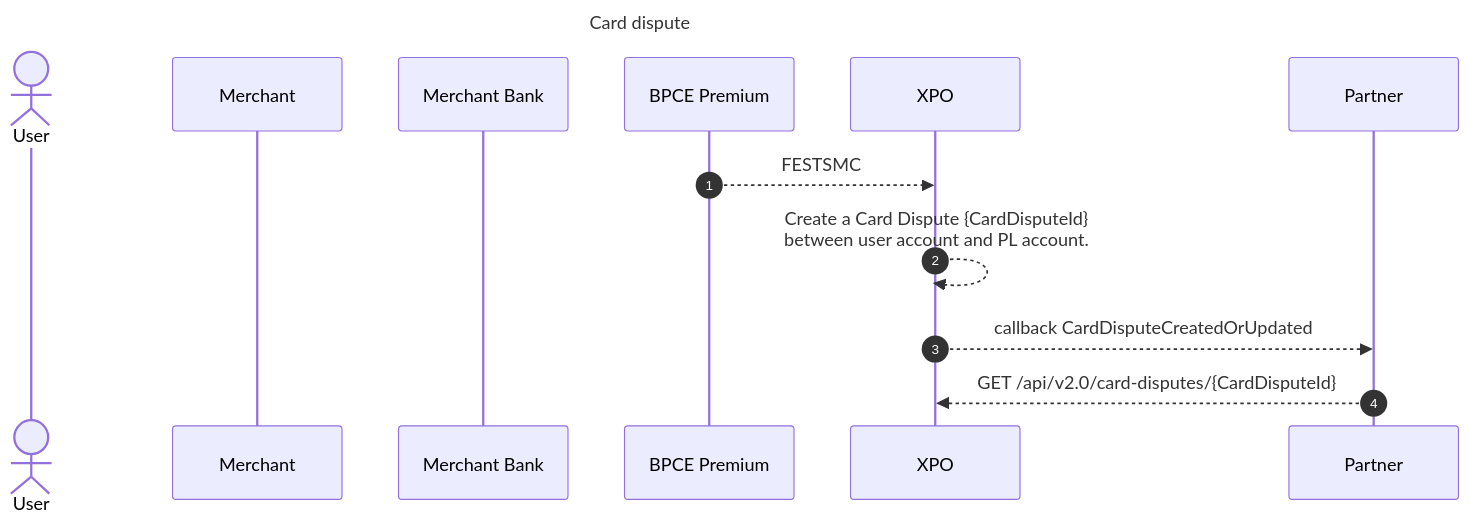
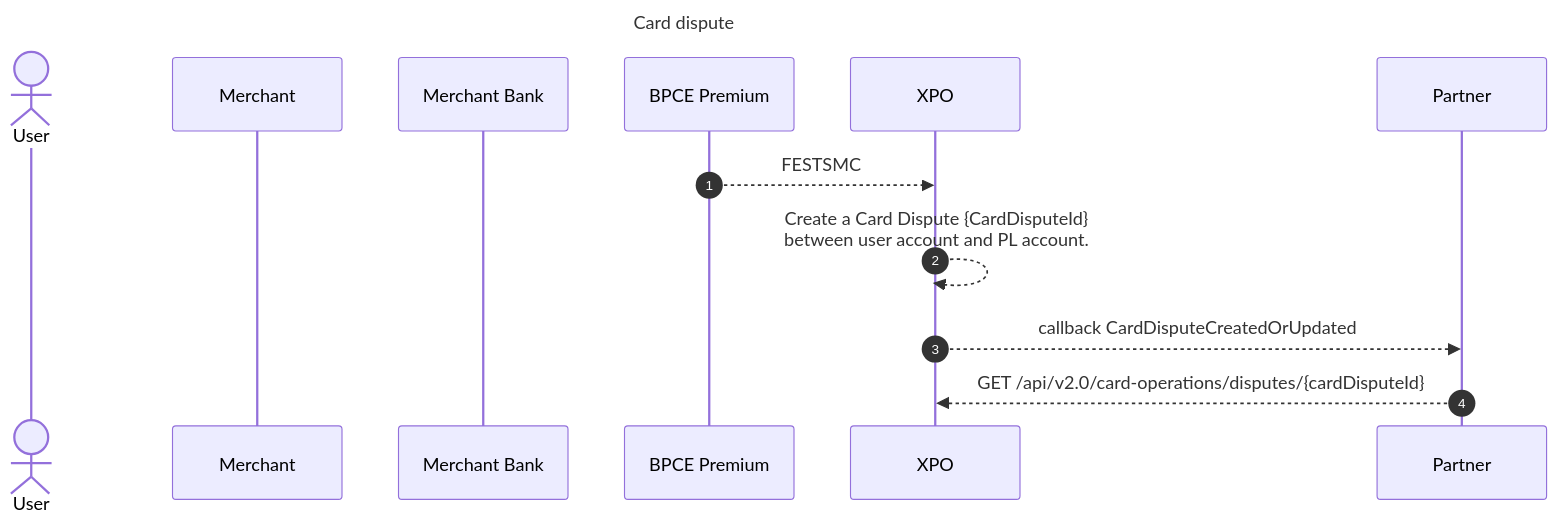
One commit to pomme-clic/s-money-documentation changed the second of 3 diagrams in docs/usecases/cards/operations/card_dispute.md. Above: the diagram before and after it, drawn with Mermaid.

Commit message:
Correction du endpoint

````diff
--- a/docs/usecases/cards/operations/card_dispute.md
+++ b/docs/usecases/cards/operations/card_dispute.md
@@ -82,20 +82,20 @@
 ```mermaid
 sequenceDiagram
 Title: Card dispute
 autoNumber
 Actor User
 Participant Merchant
 Participant Merchant Bank
 Participant BPCE Premium
 Participant XPO
 Participant Partner
 
 
 BPCE Premium -->> XPO: FESTSMC
 XPO -->> XPO: Create a Card Dispute {CardDisputeId} <br/> between user account and PL account.
 
 XPO -->> Partner: callback CardDisputeCreatedOrUpdated
 
-Partner -->> XPO: GET /api/v2.0/card-disputes/{CardDisputeId}
+Partner -->> XPO: GET /api/v2.0/card-operations/disputes/{cardDisputeId}
 
 ```
````
